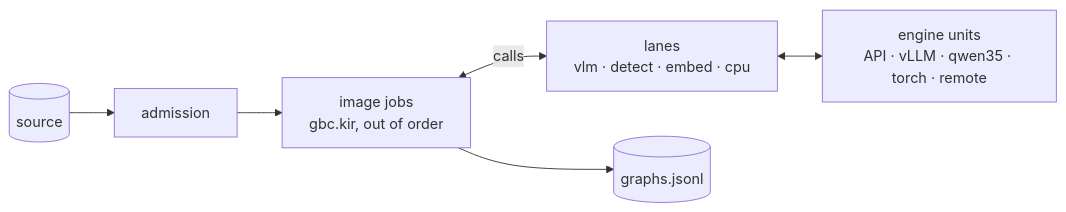
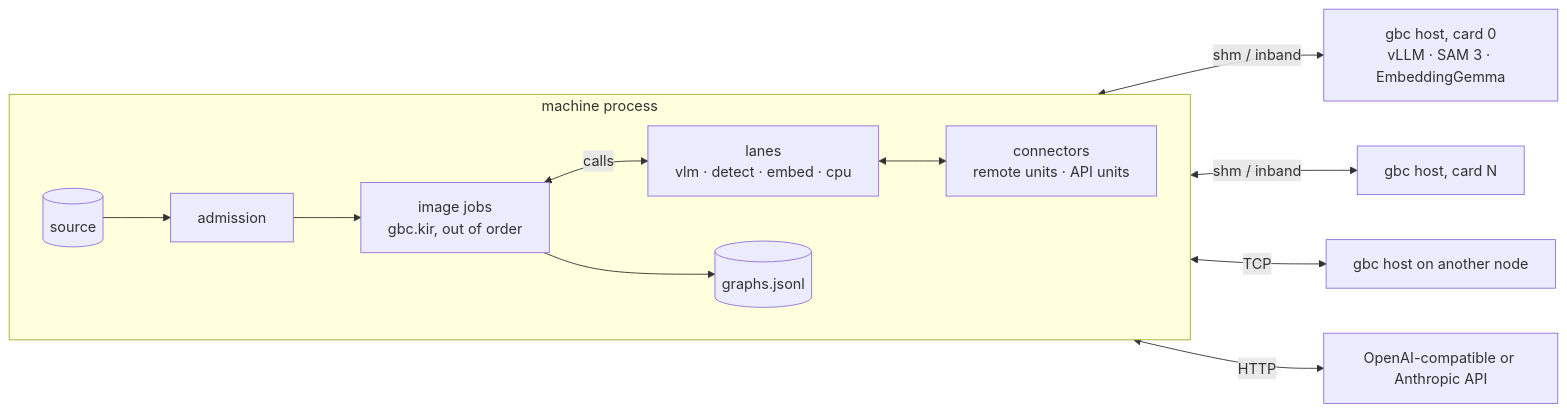
One commit to KohakuBlueleaf/KohakuGBC changed the first of 2 diagrams in README.md. Above: the diagram before and after it, drawn with Mermaid. The commit also changed other lines of this file and 3 other files, not shown here.

First line of the commit message:
docs: README on the RTX 5090 machine, engine hosts and KohakuvLLM

````diff
--- a/README.md
+++ b/README.md
@@ -232,6 +244,14 @@
 ```mermaid
 flowchart LR
-    src[("source")] --> adm["admission"] --> jobs["image jobs<br/>gbc.kir, out of order"]
-    jobs <-->|"calls"| lanes["lanes<br/>vlm · detect · embed · cpu"] <--> units["engine units<br/>API · vLLM · qwen35 · torch · remote"]
-    jobs --> sink[("graphs.jsonl")]
+    subgraph proc["machine process"]
+        direction LR
+        src[("source")] --> adm["admission"] --> jobs["image jobs<br/>gbc.kir, out of order"]
+        jobs <-->|"calls"| lanes["lanes<br/>vlm · detect · embed · cpu"]
+        lanes <--> conn["connectors<br/>remote units · API units"]
+        jobs --> sink[("graphs.jsonl")]
+    end
+    conn <-->|"shm / inband"| h0["gbc host, card 0<br/>vLLM · SAM 3 · EmbeddingGemma"]
+    conn <-->|"shm / inband"| h1["gbc host, card N"]
+    conn <-->|"TCP"| far["gbc host on another node"]
+    conn <-->|"HTTP"| api["OpenAI-compatible or Anthropic API"]
 ```
````
